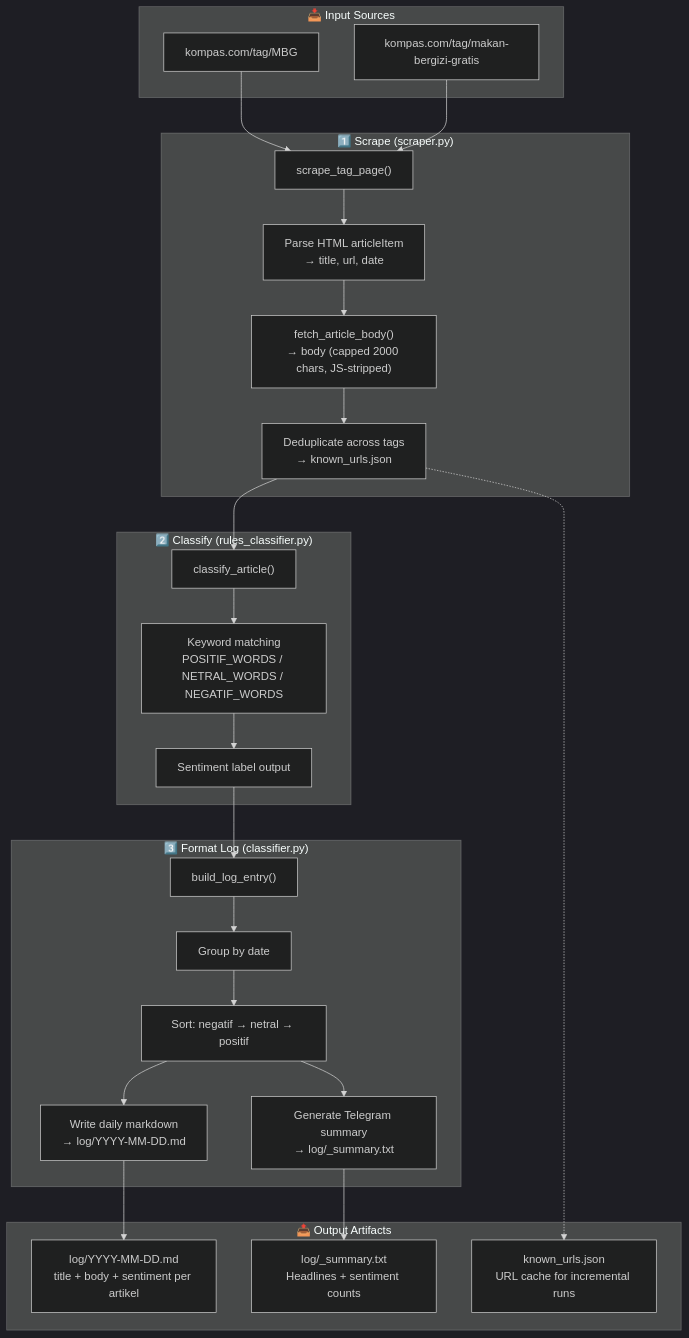
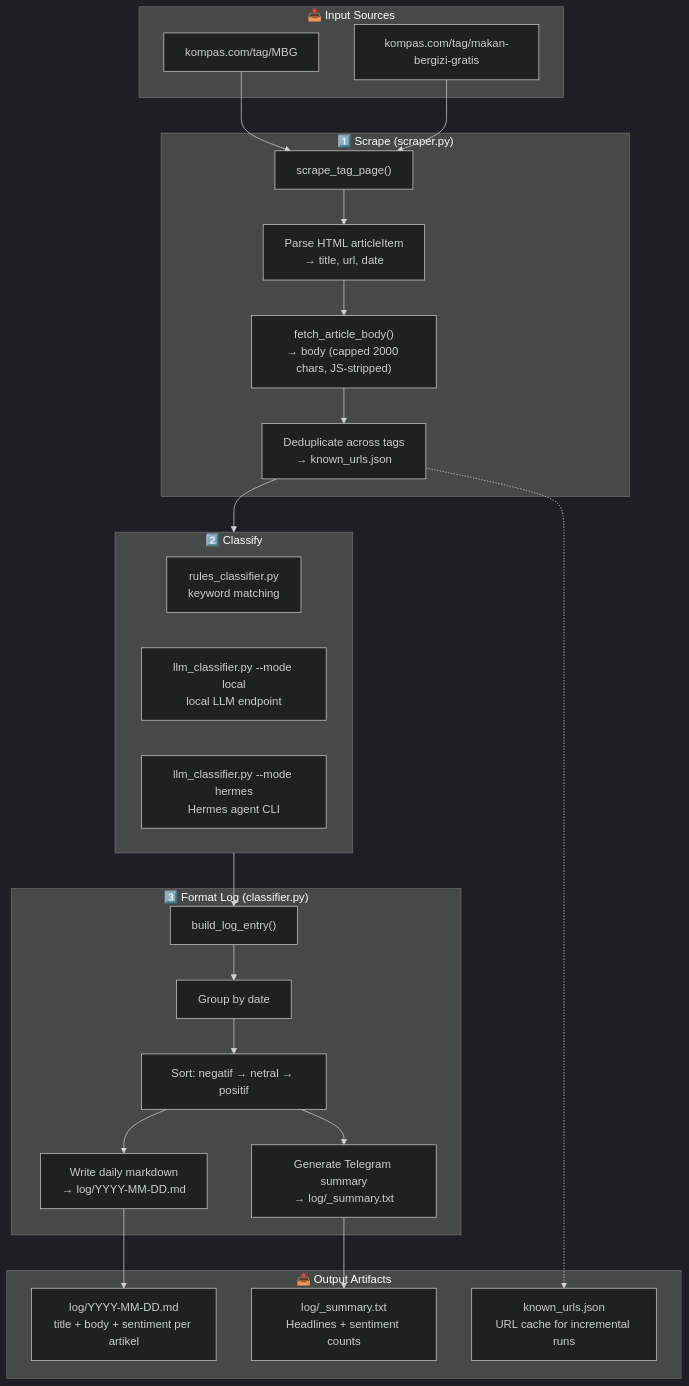
The diagram in README.md (DaruNamus/Scrapping-MBG-Kompas), drawn with Mermaid (dark theme) before and after one commit. The commit also changed other lines of this file and 3 other files, not shown here.

First line of the commit message:
Add LLM classifier with 2 modes + classifier selection

````diff
--- a/README.md
+++ b/README.md
@@ -9,51 +14,50 @@
 ```mermaid
 graph TD
     subgraph Input["📥 Input Sources"]
         A1["kompas.com/tag/MBG"]
         A2["kompas.com/tag/makan-bergizi-gratis"]
     end
 
     subgraph Step1["1️⃣ Scrape (scraper.py)"]
         B["scrape_tag_page()"]
         B1["Parse HTML articleItem<br>→ title, url, date"]
         B2["fetch_article_body()<br>→ body (capped 2000 chars, JS-stripped)"]
         B3["Deduplicate across tags<br>→ known_urls.json"]
         B --> B1
         B1 --> B2
         B2 --> B3
     end
 
-    subgraph Step2["2️⃣ Classify (rules_classifier.py)"]
-        C["classify_article()"]
-        C1["Keyword matching<br>POSITIF_WORDS / NETRAL_WORDS / NEGATIF_WORDS"]
-        C2["Sentiment label output"]
-        C --> C1
-        C1 --> C2
+    subgraph Step2["2️⃣ Classify"]
+        direction LR
+        C1["rules_classifier.py<br>keyword matching"]:::branch
+        C2["llm_classifier.py --mode local<br>local LLM endpoint"]:::branch
+        C3["llm_classifier.py --mode hermes<br>Hermes agent CLI"]:::branch
     end
 
     subgraph Step3["3️⃣ Format Log (classifier.py)"]
         D["build_log_entry()"]
         D1["Group by date"]
         D2["Sort: negatif → netral → positif"]
         D3["Write daily markdown<br>→ log/YYYY-MM-DD.md"]
         D4["Generate Telegram summary<br>→ log/_summary.txt"]
         D --> D1
         D1 --> D2
         D2 --> D3
         D2 --> D4
     end
 
     subgraph Output["📤 Output Artifacts"]
         E1["log/YYYY-MM-DD.md<br>title + body + sentiment per artikel"]
         E2["log/_summary.txt<br>Headlines + sentiment counts"]
         E3["known_urls.json<br>URL cache for incremental runs"]
     end
 
     A1 --> B
     A2 --> B
-    B3 --> C
-    C2 --> D
+    B3 --> Step2
+    Step2 --> D
     D3 --> E1
     D4 --> E2
     B3 -.-> E3
 ```
````
